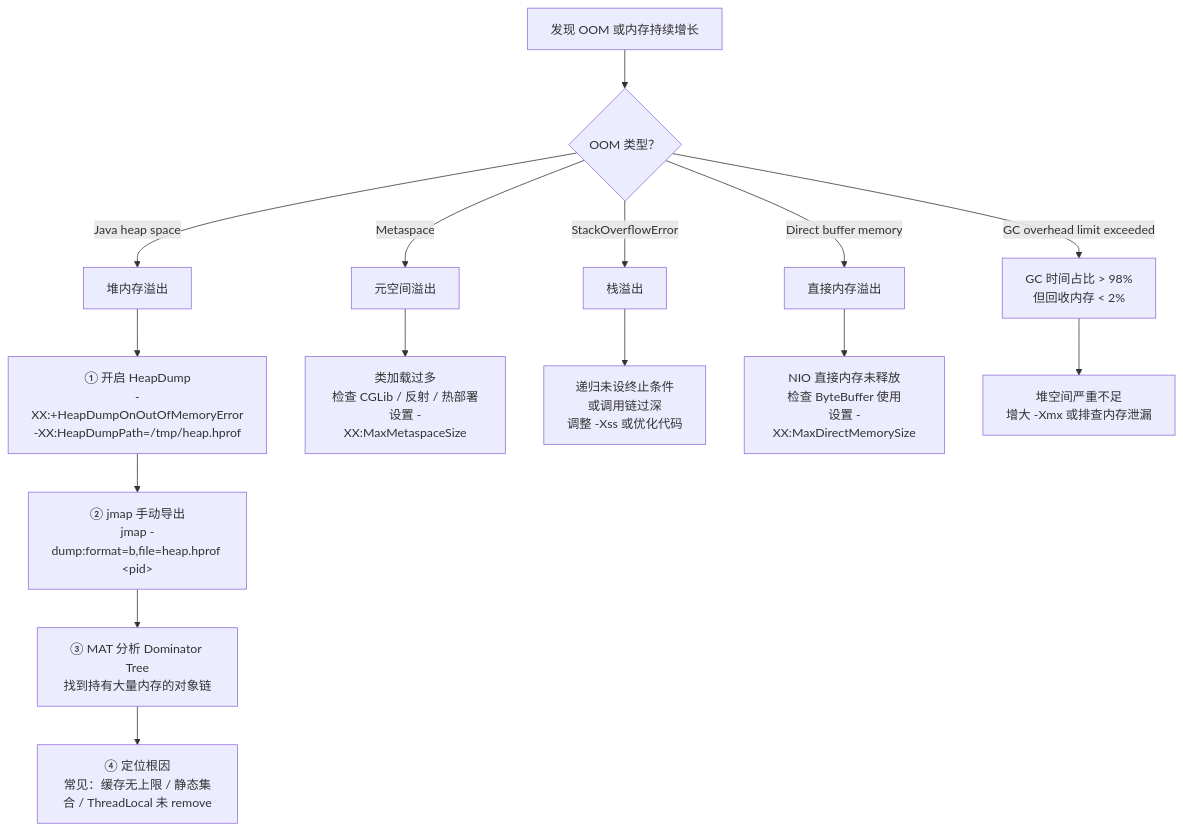
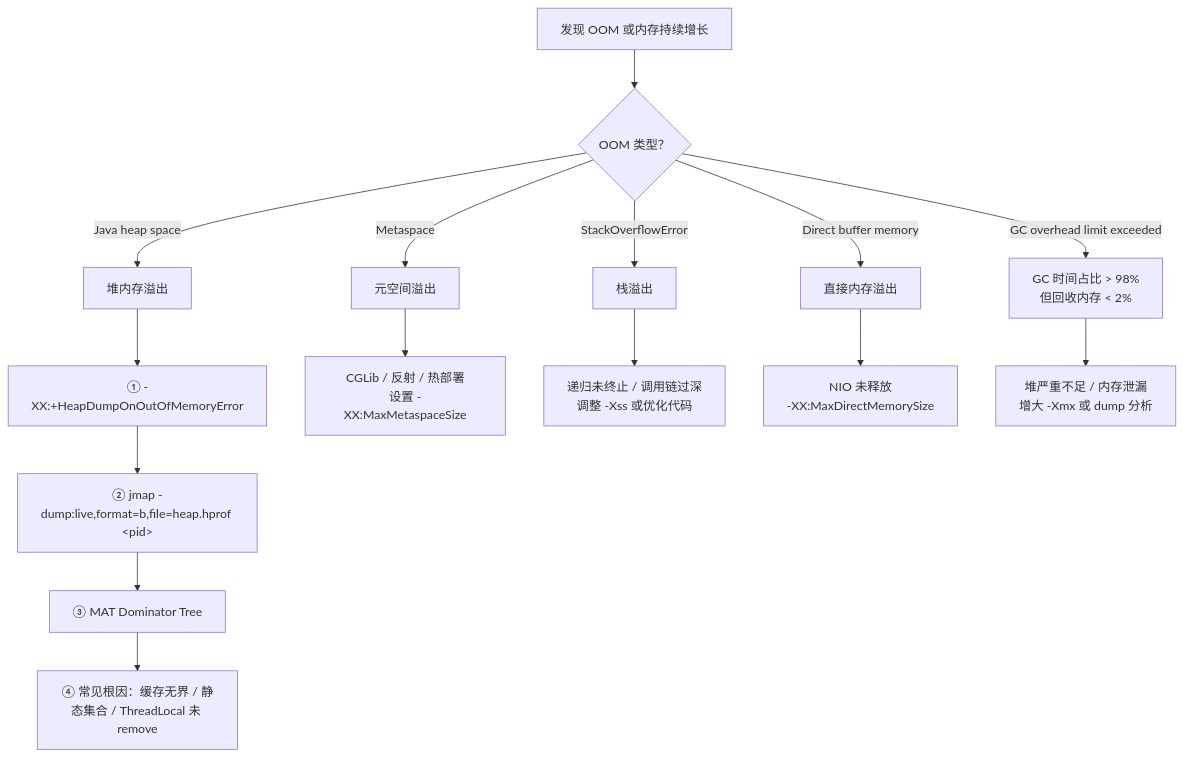
Before and after one commit to b1tzer/b1tzer.github.io: the second of 2 diagrams in docs/01-java-basic/19-GC 调优实战与常见误区 —— 方法论、参数矩阵、OOM 排查与设计原因.md, drawn with Mermaid. The commit also changed other lines of this file and 23 other files, not shown here.

````diff
--- a/docs/01-java-basic/19-GC 调优实战与常见误区 —— 方法论、参数矩阵、OOM 排查与设计原因.md
+++ b/docs/01-java-basic/19-GC 调优实战与常见误区 —— 方法论、参数矩阵、OOM 排查与设计原因.md
@@ -167,23 +207,20 @@
 ```mermaid
 flowchart TD
     A["发现 OOM 或内存持续增长"] --> B{"OOM 类型？"}
 
     B -->|"Java heap space"| C["堆内存溢出"]
     B -->|"Metaspace"| D["元空间溢出"]
     B -->|"StackOverflowError"| E["栈溢出"]
     B -->|"Direct buffer memory"| F["直接内存溢出"]
     B -->|"GC overhead limit exceeded"| G["GC 时间占比 > 98%<br>但回收内存 < 2%"]
 
-    C --> C1["① 开启 HeapDump<br>-XX:+HeapDumpOnOutOfMemoryError<br>-XX:HeapDumpPath=/tmp/heap.hprof"]
-    C1 --> C2["② jmap 手动导出<br>jmap -dump:format=b,file=heap.hprof &lt;pid&gt;"]
-    C2 --> C3["③ MAT 分析 Dominator Tree<br>找到持有大量内存的对象链"]
-    C3 --> C4["④ 定位根因<br>常见：缓存无上限 / 静态集合 / ThreadLocal 未 remove"]
+    C --> C1["① -XX:+HeapDumpOnOutOfMemoryError"]
+    C1 --> C2["② jmap -dump:live,format=b,file=heap.hprof &lt;pid&gt;"]
+    C2 --> C3["③ MAT Dominator Tree"]
+    C3 --> C4["④ 常见根因：缓存无界 / 静态集合 / ThreadLocal 未 remove"]
 
-    D --> D1["类加载过多<br>检查 CGLib / 反射 / 热部署<br>设置 -XX:MaxMetaspaceSize"]
-
-    E --> E1["递归未设终止条件<br>或调用链过深<br>调整 -Xss 或优化代码"]
-
-    F --> F1["NIO 直接内存未释放<br>检查 ByteBuffer 使用<br>设置 -XX:MaxDirectMemorySize"]
-
-    G --> G1["堆空间严重不足<br>增大 -Xmx 或排查内存泄漏"]
+    D --> D1["CGLib / 反射 / 热部署<br>设置 -XX:MaxMetaspaceSize"]
+    E --> E1["递归未终止 / 调用链过深<br>调整 -Xss 或优化代码"]
+    F --> F1["NIO 未释放<br>-XX:MaxDirectMemorySize"]
+    G --> G1["堆严重不足 / 内存泄漏<br>增大 -Xmx 或 dump 分析"]
 ```
````
